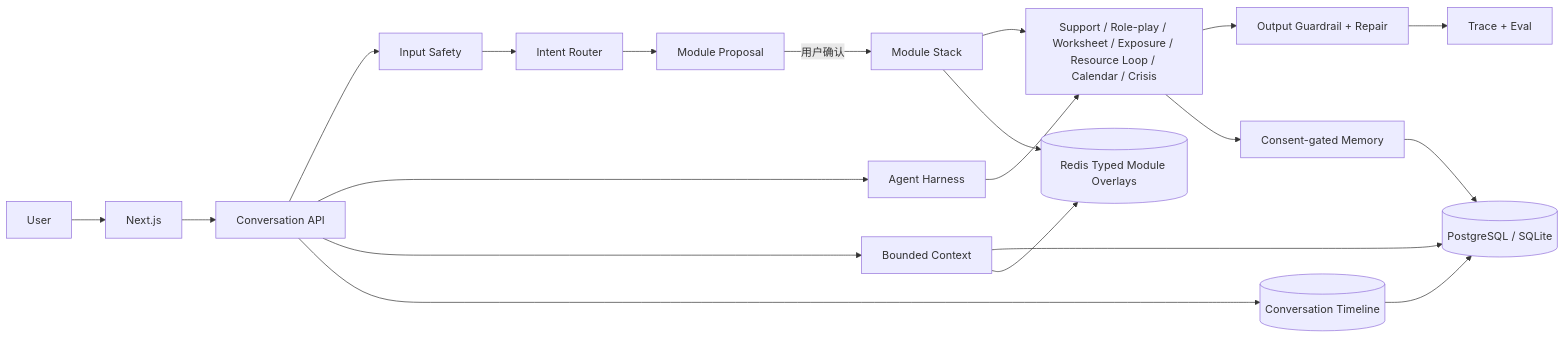
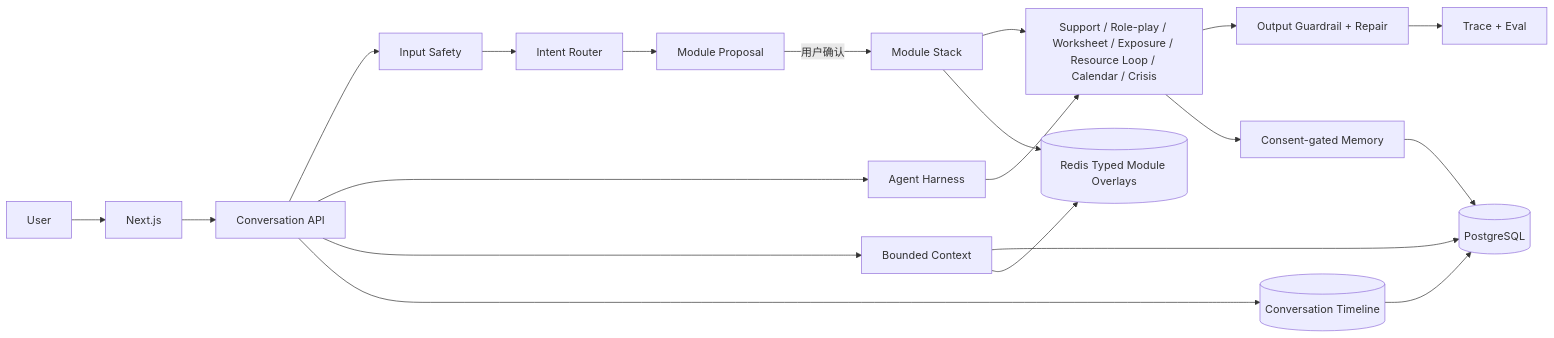
Before and after one commit to mortis-wakaba/socialease-agent: the diagram in README.md, drawn with Mermaid. The commit also changed other lines of this file and 15 other files, not shown here.

Commit message:
chore(ops): align runtime with PostgreSQL-only storage

````diff
--- a/README.md
+++ b/README.md
@@ -9,22 +9,22 @@
 ```mermaid
 flowchart LR
     U[User] --> FE[Next.js]
     FE --> C[Conversation API]
     C --> S[Input Safety]
     S --> R[Intent Router]
     R --> P[Module Proposal]
     P -->|用户确认| M[Module Stack]
     C --> H[Agent Harness]
     H --> A[Support / Role-play / Worksheet / Exposure / Resource Loop / Calendar / Crisis]
     M --> A
     A --> O[Output Guardrail + Repair]
     C --> CTX[Bounded Context]
     C --> T[(Conversation Timeline)]
     A --> MEM[Consent-gated Memory]
     O --> TR[Trace + Eval]
-    CTX --> DB[(PostgreSQL / SQLite)]
+    CTX --> DB[(PostgreSQL)]
     T --> DB
     MEM --> DB
     CTX --> Redis[(Redis Encrypted Projection Cache)]
     M --> Redis[(Redis Typed Module Overlays)]
 ```
````
